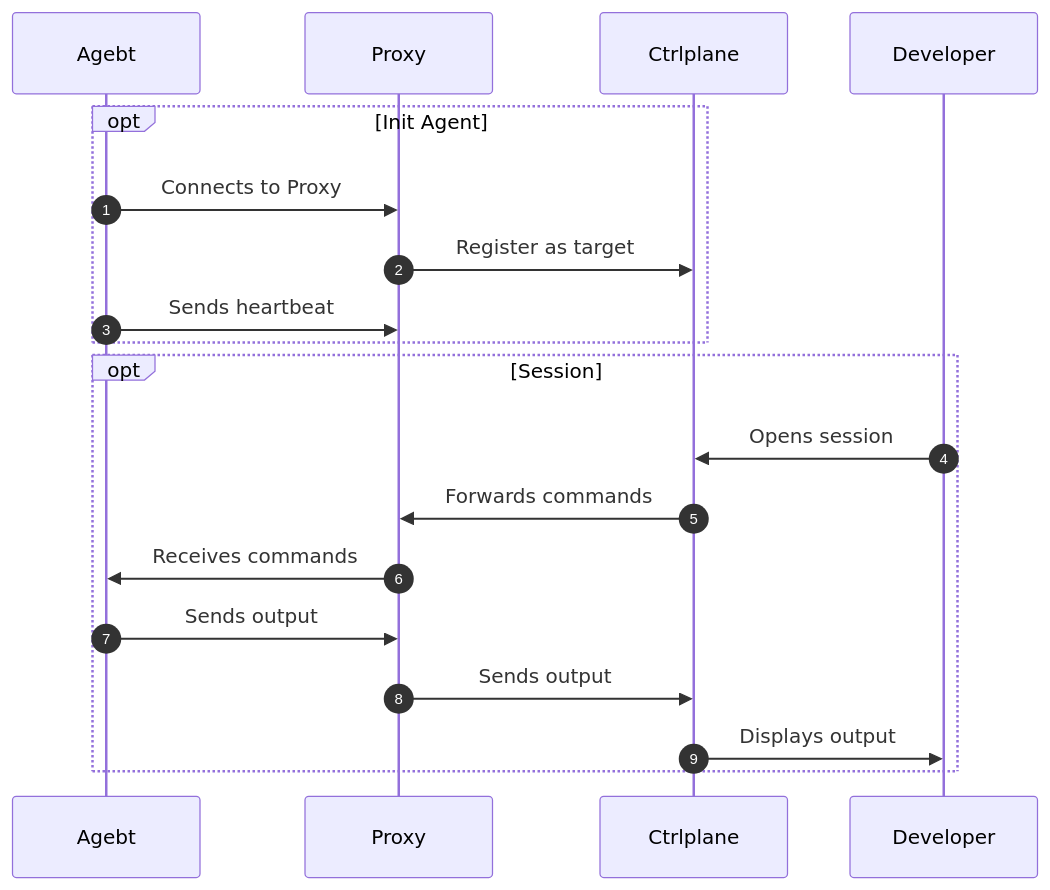
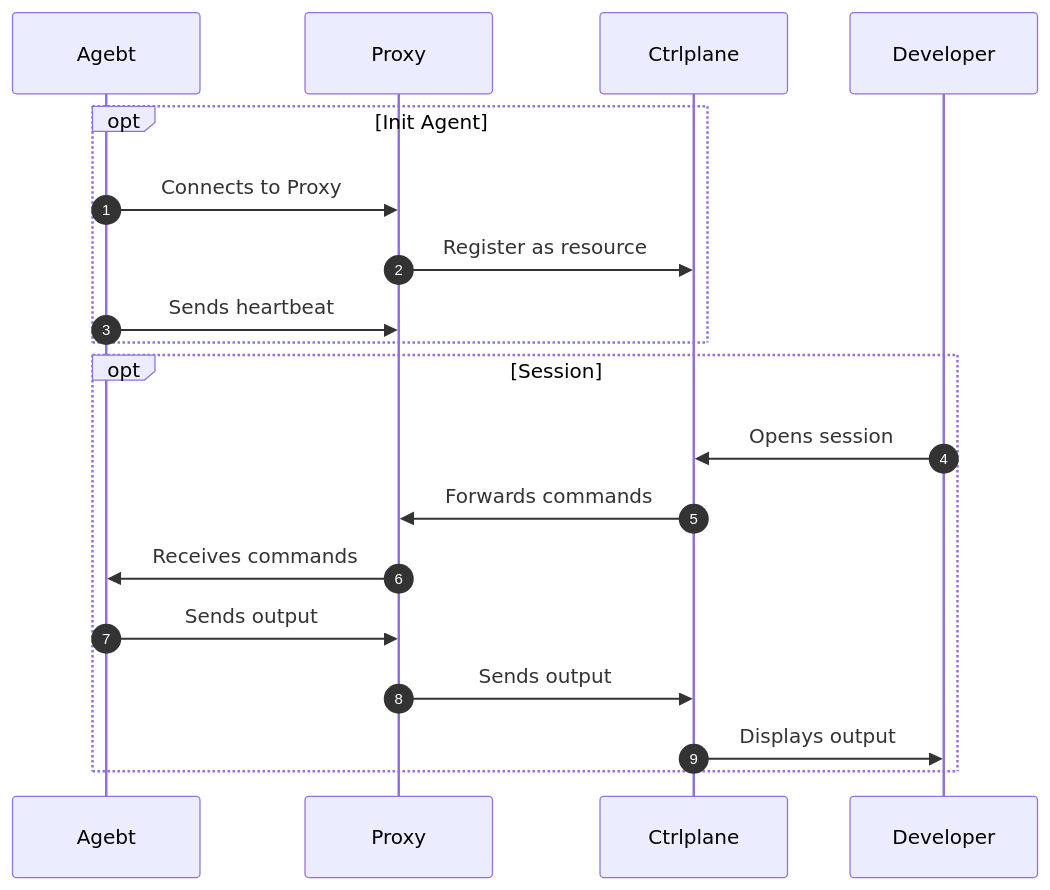
One commit to ctrlplanedev/ctrlplane changed the diagram in apps/pty-proxy/README.md. Above: the diagram before and after it, drawn with Mermaid. The commit also changed other lines of this file and 205 other files, not shown here.

Commit message:
fix: More target -> resource refactor

````diff
--- a/apps/pty-proxy/README.md
+++ b/apps/pty-proxy/README.md
@@ -7,24 +7,24 @@
 ```mermaid
 sequenceDiagram
     autonumber
 
     participant AG as Agebt
     participant PR as Proxy
     participant CP as Ctrlplane
     participant DE as Developer
 
     opt Init Agent
         AG->>PR: Connects to Proxy
-        PR->>CP: Register as target
+        PR->>CP: Register as resource
         AG->>PR: Sends heartbeat
     end
 
     opt Session
         DE->>CP: Opens session
         CP->>PR: Forwards commands
         PR->>AG: Receives commands
         AG->>PR: Sends output
         PR->>CP: Sends output
         CP->>DE: Displays output
     end
 ```
````
